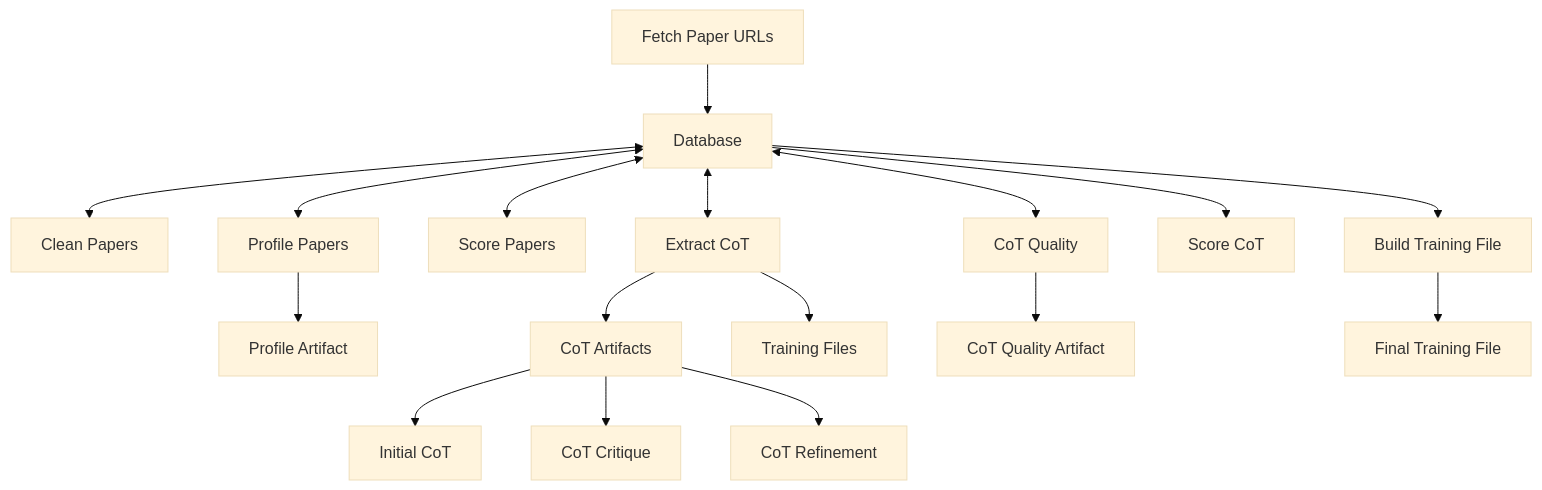
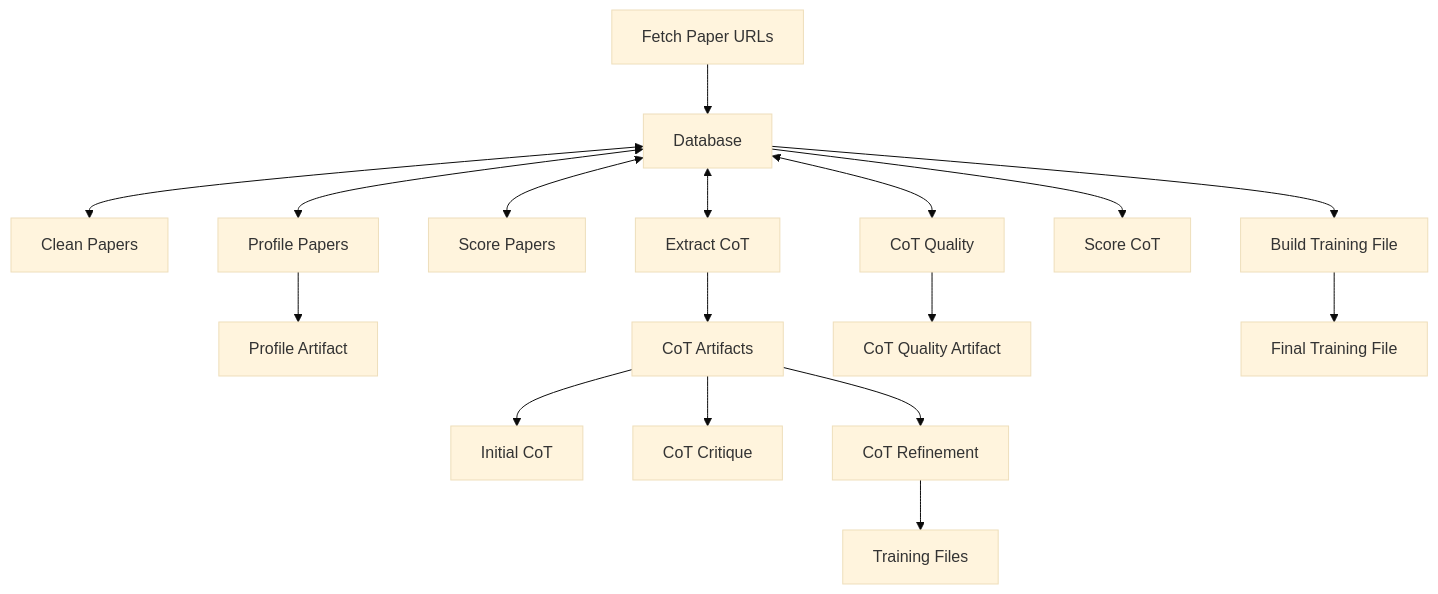
The diagram in misc/pipeline-diagram.mmd (thehunmonkgroup/raspberry-paper-to-cot-pipeline), drawn with Mermaid (base theme) before and after one commit. The commit also changed 1 other file, not shown here.

Commit message:
diagram CoT refinement generates training artifacts

```diff
--- a/misc/pipeline-diagram.mmd
+++ b/misc/pipeline-diagram.mmd
@@ -1,17 +1,17 @@
 flowchart TD
     A[Fetch Paper URLs] --> B[Database]
     B <--> D[Clean Papers]
     B <--> E[Profile Papers]
     B <--> F[Score Papers]
     B <--> G[Extract CoT]
     B <--> H[CoT Quality]
     B --> I[Score CoT]
     B --> J[Build Training File]
     E --> K[Profile Artifact]
     G --> L[CoT Artifacts]
-    G --> M[Training Files]
-    H --> N[CoT Quality Artifact]
-    J --> O[Final Training File]
-    L --> P[Initial CoT]
-    L --> Q[CoT Critique]
-    L --> R[CoT Refinement]
+    H --> M[CoT Quality Artifact]
+    J --> N[Final Training File]
+    L --> O[Initial CoT]
+    L --> P[CoT Critique]
+    L --> Q[CoT Refinement]
+    Q --> R[Training Files]
```
